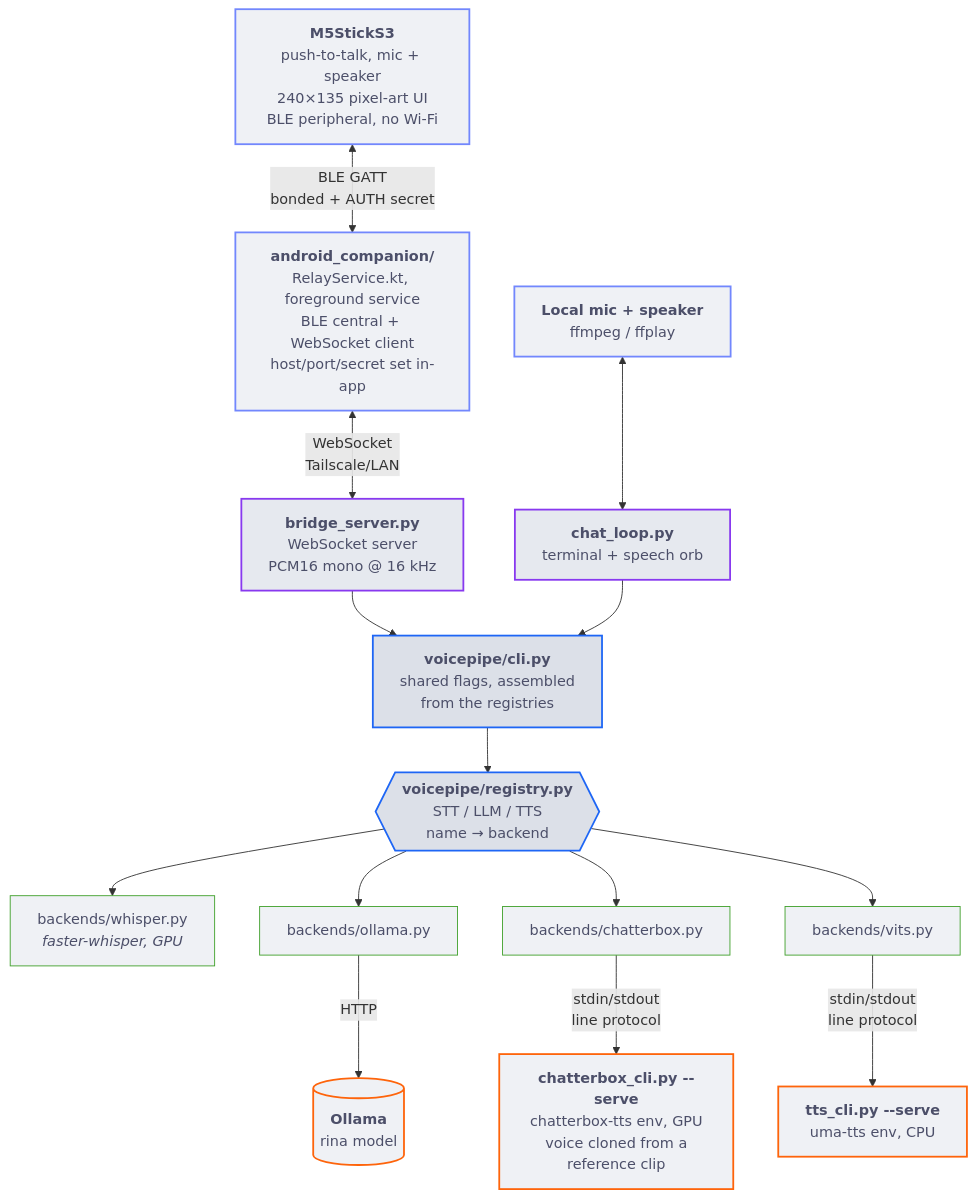
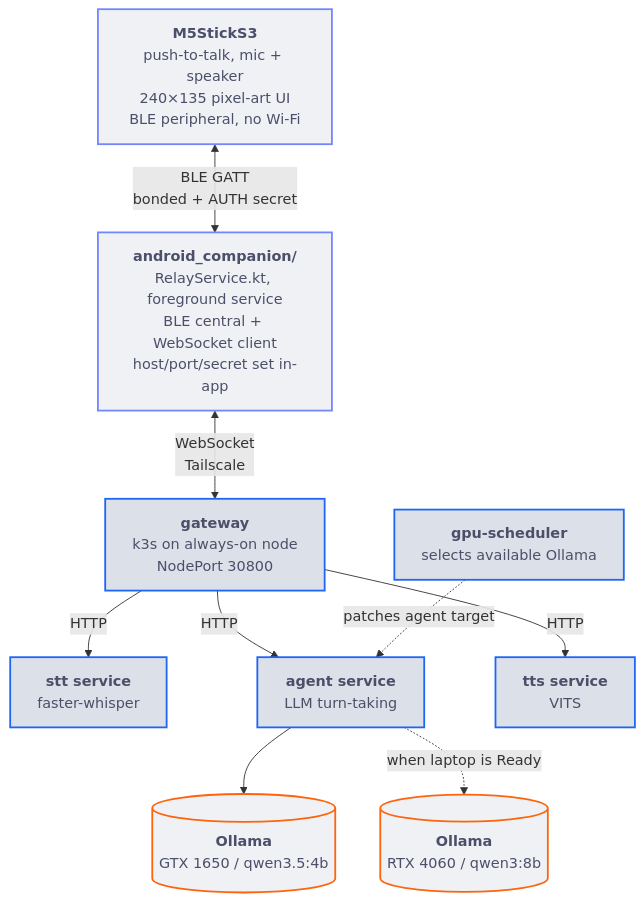
One commit to adixg/ai-companion changed the first of 2 diagrams in README.md. Above: the diagram before and after it, drawn with Mermaid. The commit also changed other lines of this file and 15 other files, not shown here.

````diff
--- a/README.md
+++ b/README.md
@@ -43,49 +43,28 @@
 ```mermaid
 flowchart TB
     stick["<b>M5StickS3</b><br>push-to-talk, mic + speaker<br>240×135 pixel-art UI<br>BLE peripheral, no Wi-Fi"]
-    local["<b>Local mic + speaker</b><br>ffmpeg / ffplay"]
-
     relay["<b>android_companion/</b><br>RelayService.kt, foreground service<br>BLE central + WebSocket client<br>host/port/secret set in-app"]
-
-    bridge["<b>bridge_server.py</b><br>WebSocket server<br>PCM16 mono @ 16 kHz"]
-    loop["<b>chat_loop.py</b><br>terminal + speech orb"]
-
-    cli["<b>voicepipe/cli.py</b><br>shared flags, assembled<br>from the registries"]
-    reg{{"<b>voicepipe/registry.py</b><br>STT / LLM / TTS<br>name → backend"}}
-
-    stt["backends/whisper.py<br><i>faster-whisper, GPU</i>"]
-    llmb["backends/ollama.py"]
-    cbb["backends/chatterbox.py"]
-    vitsb["backends/vits.py"]
-
-    ollama[("<b>Ollama</b><br>rina model")]
-    cbw["<b>chatterbox_cli.py --serve</b><br>chatterbox-tts env, GPU<br>voice cloned from a<br>reference clip"]
-    vitsw["<b>tts_cli.py --serve</b><br>uma-tts env, CPU"]
+    gateway["<b>gateway</b><br>k3s on always-on node<br>NodePort 30800"]
+    stt["<b>stt service</b><br>faster-whisper"]
+    agent["<b>agent service</b><br>LLM turn-taking"]
+    tts["<b>tts service</b><br>VITS"]
+    controller["<b>gpu-scheduler</b><br>selects available Ollama"]
+    ollama1650[("<b>Ollama</b><br>GTX 1650 / qwen3.5:4b")]
+    ollama4060[("<b>Ollama</b><br>RTX 4060 / qwen3:8b")]
 
     stick <-->|"BLE GATT<br>bonded + AUTH secret"| relay
-    relay <-->|"WebSocket<br>Tailscale/LAN"| bridge
-    local <--> loop
-
-    bridge --> cli
-    loop --> cli
-    cli --> reg
-    reg --> stt
-    reg --> llmb
-    reg --> cbb
-    reg --> vitsb
-
-    llmb -->|HTTP| ollama
-    cbb -->|"stdin/stdout<br>line protocol"| cbw
-    vitsb -->|"stdin/stdout<br>line protocol"| vitsw
+    relay <-->|"WebSocket<br>Tailscale"| gateway
+    gateway -->|HTTP| stt
+    gateway -->|HTTP| agent
+    gateway -->|HTTP| tts
+    agent --> ollama1650
+    agent -. "when laptop is Ready" .-> ollama4060
+    controller -. "patches agent target" .-> agent
 
     classDef device fill:#eff1f5,stroke:#7287fd,stroke-width:2px,color:#4c4f69
-    classDef entry fill:#e6e9ef,stroke:#8839ef,stroke-width:2px,color:#4c4f69
-    classDef core fill:#dce0e8,stroke:#1e66f5,stroke-width:2px,color:#4c4f69
-    classDef backend fill:#eff1f5,stroke:#40a02b,color:#4c4f69
+    classDef service fill:#dce0e8,stroke:#1e66f5,stroke-width:2px,color:#4c4f69
     classDef worker fill:#eff1f5,stroke:#fe640b,stroke-width:2px,color:#4c4f69
-    class stick,local,relay device
-    class bridge,loop entry
-    class cli,reg core
-    class stt,llmb,cbb,vitsb backend
-    class ollama,cbw,vitsw worker
+    class stick,relay device
+    class gateway,stt,agent,tts,controller service
+    class ollama1650,ollama4060 worker
 ```
````
